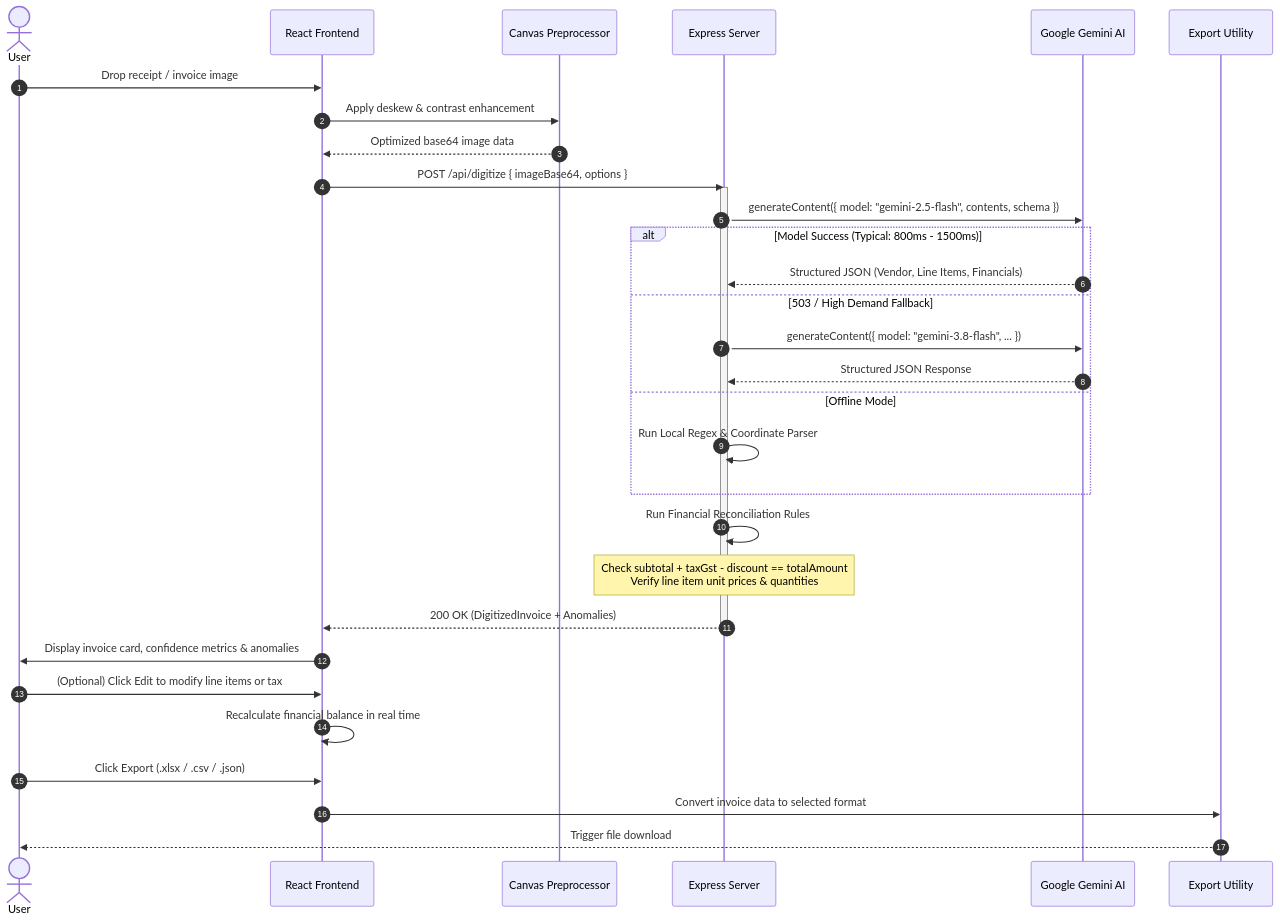
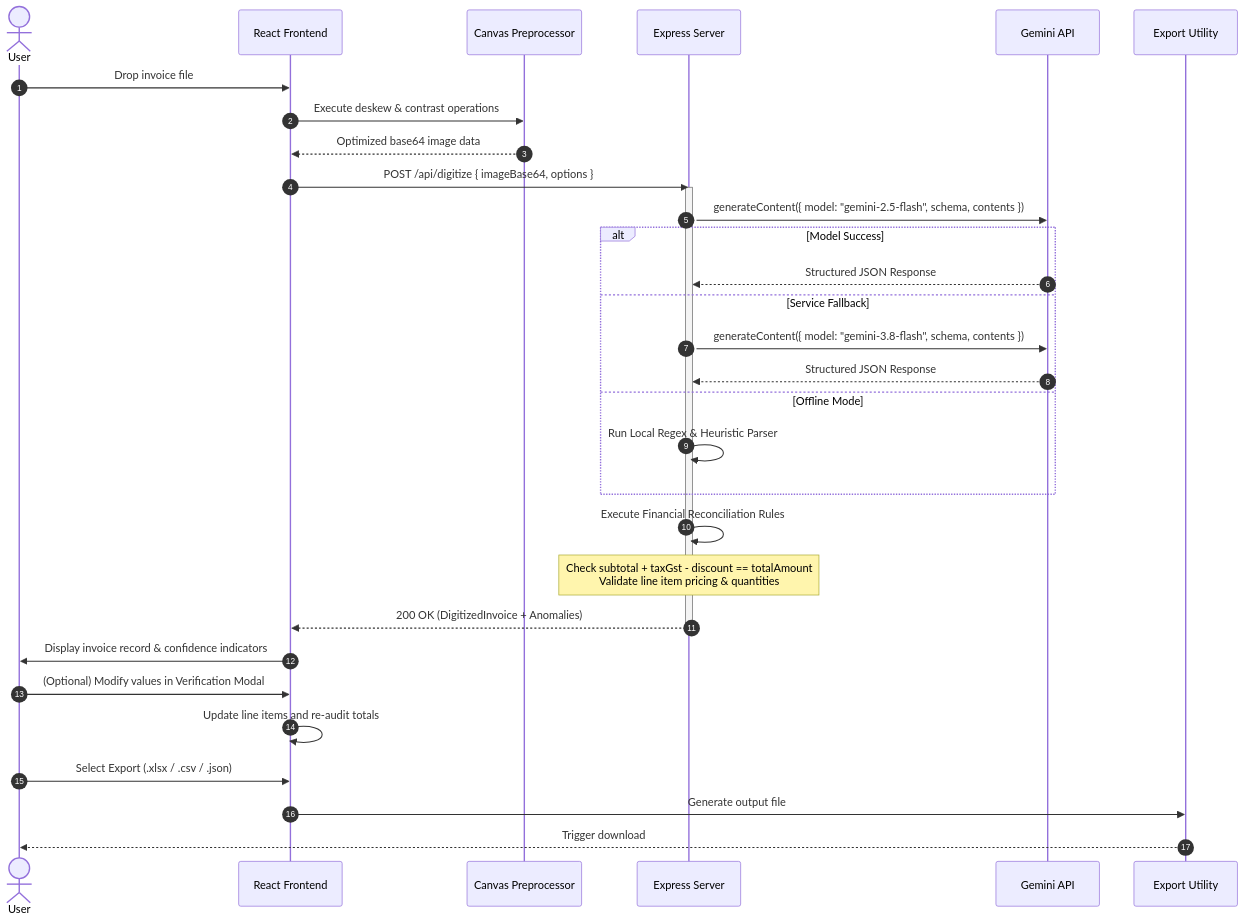
The third of 5 diagrams in README.md (HP-Hari/Automated-Document-Digitiser), drawn with Mermaid before and after one commit. The commit also changed other lines of this file, not shown here.

````diff
--- a/README.md
+++ b/README.md
@@ -125,39 +175,39 @@
 ```mermaid
 sequenceDiagram
     autonumber
     actor User as User
     participant App as React Frontend
     participant Canvas as Canvas Preprocessor
     participant Server as Express Server
-    participant Gemini as Google Gemini AI
+    participant AI as Gemini API
     participant Export as Export Utility
 
-    User->>App: Drop receipt / invoice image
-    App->>Canvas: Apply deskew & contrast enhancement
+    User->>App: Drop invoice file
+    App->>Canvas: Execute deskew & contrast operations
     Canvas-->>App: Optimized base64 image data
     App->>Server: POST /api/digitize { imageBase64, options }
     
     activate Server
-    Server->>Gemini: generateContent({ model: "gemini-2.5-flash", contents, schema })
+    Server->>AI: generateContent({ model: "gemini-2.5-flash", schema, contents })
     
-    alt Model Success (Typical: 800ms - 1500ms)
-        Gemini-->>Server: Structured JSON (Vendor, Line Items, Financials)
-    else 503 / High Demand Fallback
-        Server->>Gemini: generateContent({ model: "gemini-3.8-flash", ... })
-        Gemini-->>Server: Structured JSON Response
+    alt Model Success
+        AI-->>Server: Structured JSON Response
+    else Service Fallback
+        Server->>AI: generateContent({ model: "gemini-3.8-flash", schema, contents })
+        AI-->>Server: Structured JSON Response
     else Offline Mode
-        Server->>Server: Run Local Regex & Coordinate Parser
+        Server->>Server: Run Local Regex & Heuristic Parser
     end
 
-    Server->>Server: Run Financial Reconciliation Rules
-    Note over Server: Check subtotal + taxGst - discount == totalAmount<br/>Verify line item unit prices & quantities
+    Server->>Server: Execute Financial Reconciliation Rules
+    Note over Server: Check subtotal + taxGst - discount == totalAmount<br/>Validate line item pricing & quantities
     Server-->>App: 200 OK (DigitizedInvoice + Anomalies)
     deactivate Server
 
-    App->>User: Display invoice card, confidence metrics & anomalies
-    User->>App: (Optional) Click Edit to modify line items or tax
-    App->>App: Recalculate financial balance in real time
-    User->>App: Click Export (.xlsx / .csv / .json)
-    App->>Export: Convert invoice data to selected format
-    Export-->>User: Trigger file download
+    App->>User: Display invoice record & confidence indicators
+    User->>App: (Optional) Modify values in Verification Modal
+    App->>App: Update line items and re-audit totals
+    User->>App: Select Export (.xlsx / .csv / .json)
+    App->>Export: Generate output file
+    Export-->>User: Trigger download
 ```
````
